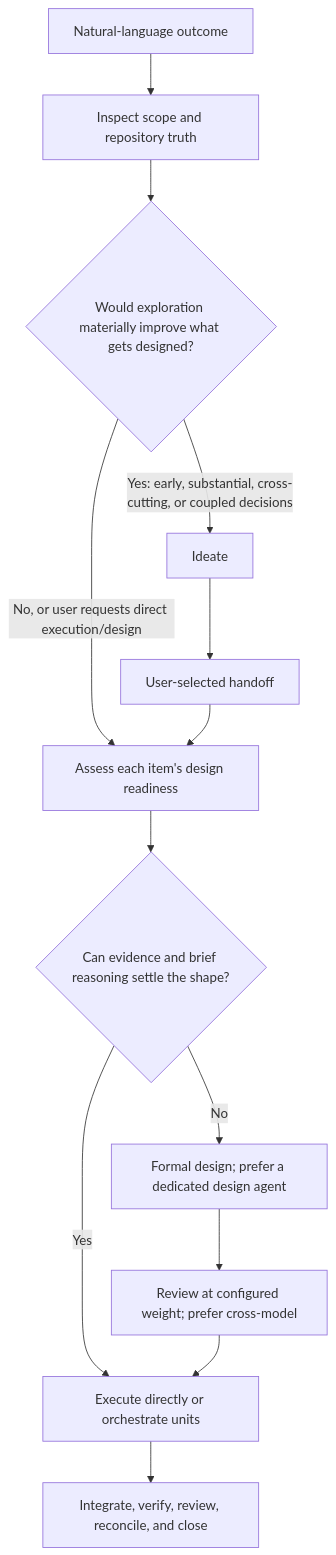
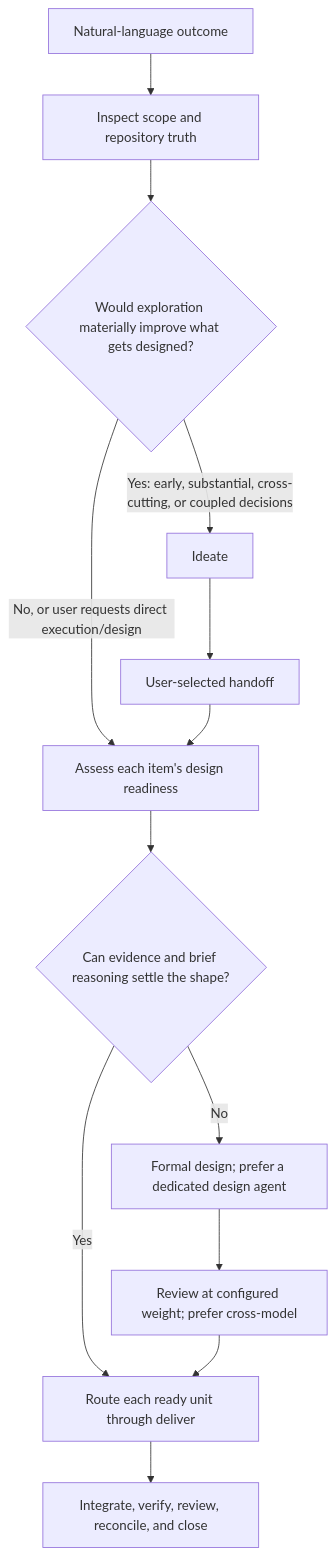
The diagram in plugins/workbench/skills/work/SKILL.md (nklisch/skills), drawn with Mermaid before and after one commit. The commit also changed other lines of this file and 31 other files, not shown here.

````diff
--- a/plugins/workbench/skills/work/SKILL.md
+++ b/plugins/workbench/skills/work/SKILL.md
@@ -21,15 +42,15 @@
 ```mermaid
 flowchart TD
     A["Natural-language outcome"] --> B["Inspect scope and repository truth"]
     B --> C{"Would exploration materially improve what gets designed?"}
     C -- "Yes: early, substantial, cross-cutting, or coupled decisions" --> D["Ideate"]
     D --> E["User-selected handoff"]
     C -- "No, or user requests direct execution/design" --> F["Assess each item's design readiness"]
     E --> F
     F --> G{"Can evidence and brief reasoning settle the shape?"}
-    G -- "Yes" --> H["Execute directly or orchestrate units"]
+    G -- "Yes" --> H["Route each ready unit through deliver"]
     G -- "No" --> I["Formal design; prefer a dedicated design agent"]
     I --> J["Review at configured weight; prefer cross-model"]
     J --> H
     H --> K["Integrate, verify, review, reconcile, and close"]
 ```
````
